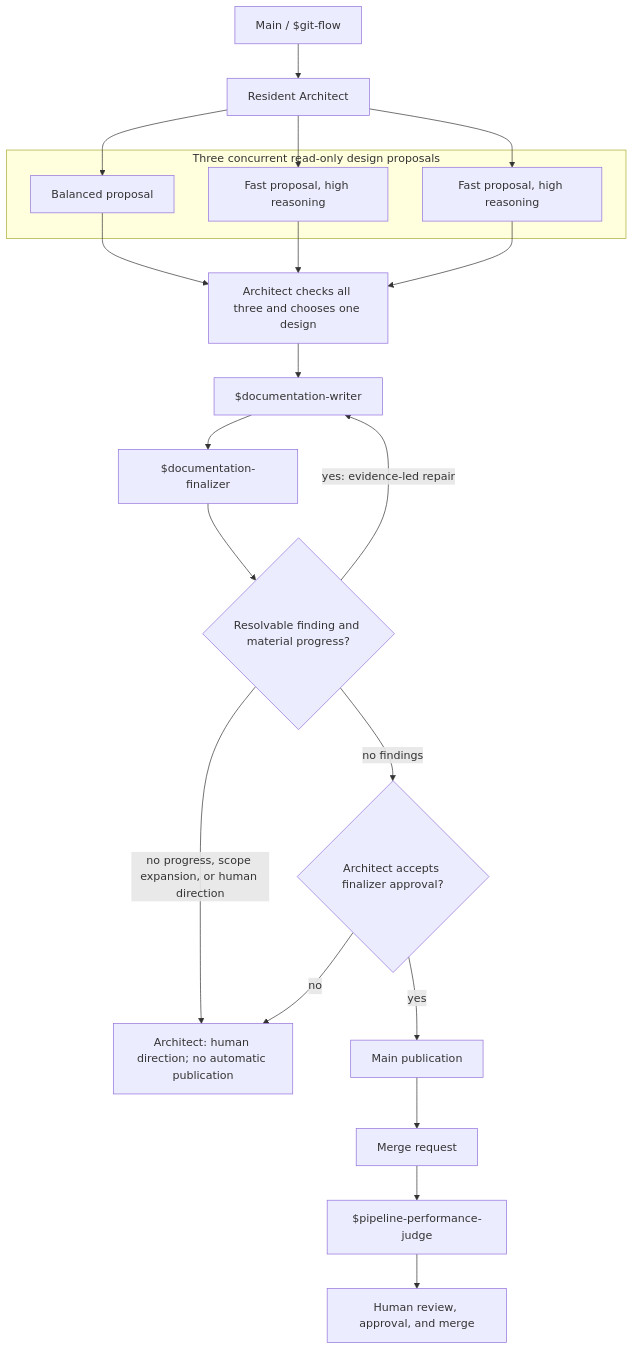
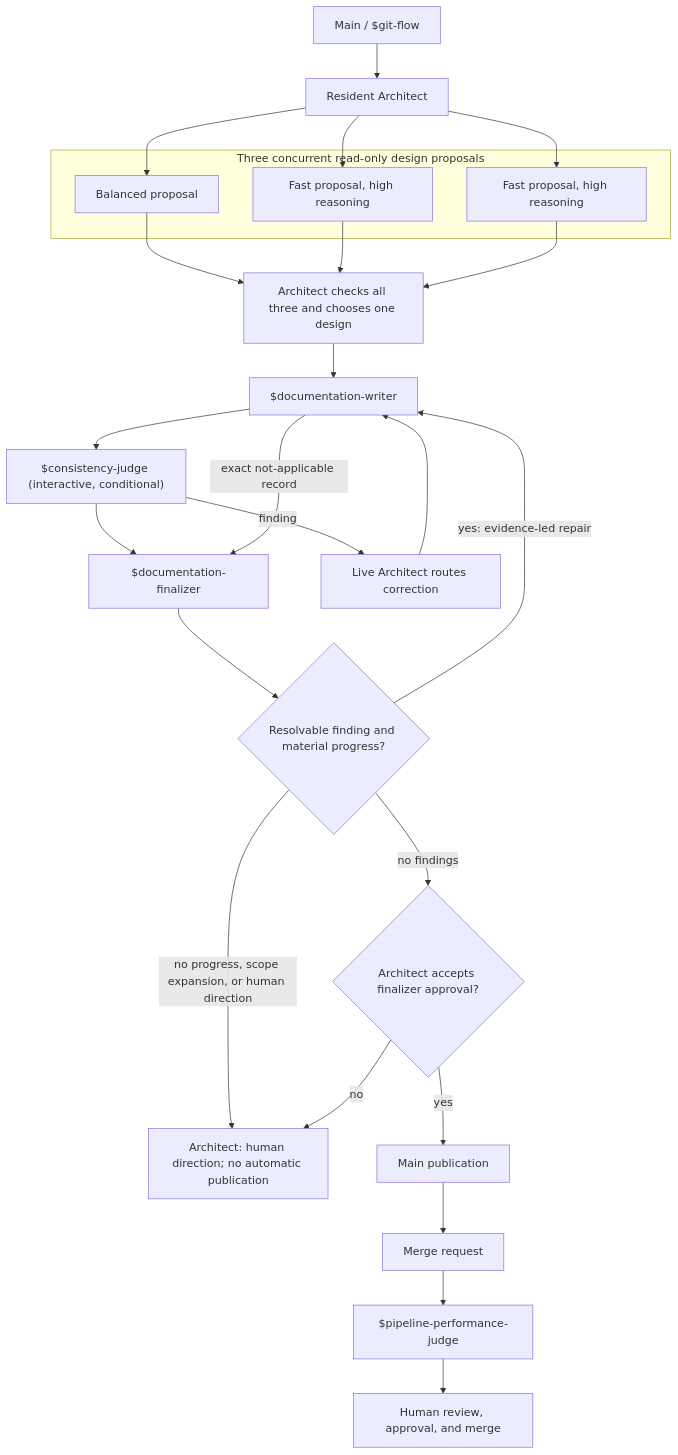
One commit to dfwguy/nvis-ova-agentic-copier changed the second of 5 diagrams in template/docs/explanation/agentic-workflow.md. Above: the diagram before and after it, drawn with Mermaid. The commit also changed other lines of this file and 19 other files, not shown here.

Commit message:
Add a repository-wide consistency judge

````diff
--- a/template/docs/explanation/agentic-workflow.md
+++ b/template/docs/explanation/agentic-workflow.md
@@ -310,26 +319,30 @@
 ```mermaid
 flowchart TD
     docmain["Main / $git-flow"] --> docarchitect["Resident Architect"]
     subgraph docproposals["Three concurrent read-only design proposals"]
         docbalanced["Balanced proposal"]
         docfastone["Fast proposal, high reasoning"]
         docfasttwo["Fast proposal, high reasoning"]
     end
     docarchitect --> docbalanced
     docarchitect --> docfastone
     docarchitect --> docfasttwo
     docbalanced --> docsynthesis["Architect checks all three and chooses one design"]
     docfastone --> docsynthesis
     docfasttwo --> docsynthesis
     docsynthesis --> docwriter["$documentation-writer"]
-    docwriter --> docfinalizer["$documentation-finalizer"]
+    docwriter --> docconsistency["$consistency-judge (interactive, conditional)"]
+    docconsistency --> docfinalizer["$documentation-finalizer"]
+    docwriter -- "exact not-applicable record" --> docfinalizer
+    docconsistency -- "finding" --> doccorrection["Live Architect routes correction"]
+    doccorrection --> docwriter
     docfinalizer --> docprogress{"Resolvable finding and material progress?"}
     docprogress -- "yes: evidence-led repair" --> docwriter
     docprogress -- "no findings" --> docdecision{"Architect accepts finalizer approval?"}
     docprogress -- "no progress, scope expansion, or human direction" --> dochuman["Architect: human direction; no automatic publication"]
     docdecision -- "yes" --> docpublish["Main publication"]
     docdecision -- "no" --> dochuman
     docpublish --> docmr["Merge request"]
     docmr --> docpipeline["$pipeline-performance-judge"]
     docpipeline --> dochumanreview["Human review, approval, and merge"]
 ```
````
